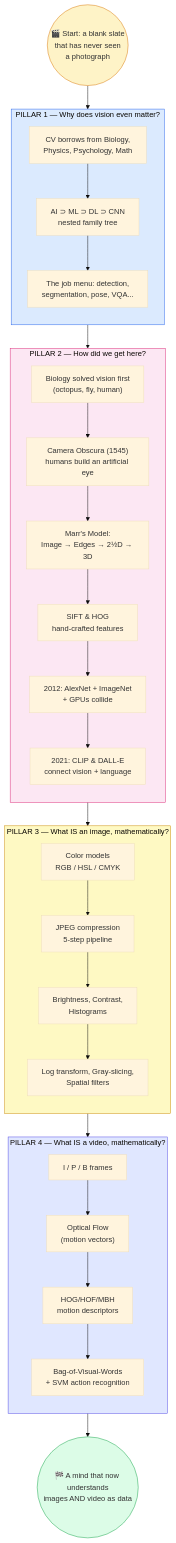
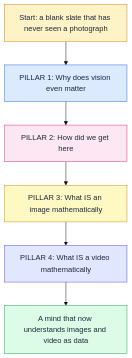
Before and after one commit to rpaut03l/TS-02-03: the first of 10 diagrams in CV-NLP/Lec_01_Introduction/README.md, drawn with Mermaid (base theme). The commit also changed other lines of this file and 4 other files, not shown here.

Commit message:
Fix ASCII diagram width (max 63 chars, no more wrapping) and Mermaid dark-mode contrast

````diff
--- a/CV-NLP/Lec_01_Introduction/README.md
+++ b/CV-NLP/Lec_01_Introduction/README.md
@@ -16,48 +16,11 @@
 ```mermaid
 flowchart TD
-    START(("🎬 Start: a blank slate<br/>that has never seen<br/>a photograph")) --> P1
+    START[Start: a blank slate that has never seen a photograph] --> P1[PILLAR 1: Why does vision even matter] --> P2[PILLAR 2: How did we get here] --> P3[PILLAR 3: What IS an image mathematically] --> P4[PILLAR 4: What IS a video mathematically] --> DONE[A mind that now understands images and video as data]
 
-    subgraph P1["PILLAR 1 — Why does vision even matter?"]
-        direction TB
-        p1a["CV borrows from Biology,<br/>Physics, Psychology, Math"] --> p1b["AI ⊃ ML ⊃ DL ⊃ CNN<br/>nested family tree"]
-        p1b --> p1c["The job menu: detection,<br/>segmentation, pose, VQA..."]
-    end
-
-    P1 --> P2
-
-    subgraph P2["PILLAR 2 — How did we get here?"]
-        direction TB
-        p2a["Biology solved vision first<br/>(octopus, fly, human)"] --> p2b["Camera Obscura (1545)<br/>humans build an artificial eye"]
-        p2b --> p2c["Marr's Model:<br/>Image → Edges → 2½D → 3D"]
-        p2c --> p2d["SIFT &amp; HOG<br/>hand-crafted features"]
-        p2d --> p2e["2012: AlexNet + ImageNet<br/>+ GPUs collide"]
-        p2e --> p2f["2021: CLIP &amp; DALL-E<br/>connect vision + language"]
-    end
-
-    P2 --> P3
-
-    subgraph P3["PILLAR 3 — What IS an image, mathematically?"]
-        direction TB
-        p3a["Color models<br/>RGB / HSL / CMYK"] --> p3b["JPEG compression<br/>5-step pipeline"]
-        p3b --> p3c["Brightness, Contrast,<br/>Histograms"]
-        p3c --> p3d["Log transform, Gray-slicing,<br/>Spatial filters"]
-    end
-
-    P3 --> P4
-
-    subgraph P4["PILLAR 4 — What IS a video, mathematically?"]
-        direction TB
-        p4a["I / P / B frames"] --> p4b["Optical Flow<br/>(motion vectors)"]
-        p4b --> p4c["HOG/HOF/MBH<br/>motion descriptors"]
-        p4c --> p4d["Bag-of-Visual-Words<br/>+ SVM action recognition"]
-    end
-
-    P4 --> DONE(("🏁 A mind that now understands<br/>images AND video as data"))
-
-    style START fill:#fef3c7,stroke:#d97706
-    style DONE fill:#dcfce7,stroke:#16a34a
-    style P1 fill:#dbeafe,stroke:#2563eb
-    style P2 fill:#fce7f3,stroke:#db2777
-    style P3 fill:#fef9c3,stroke:#ca8a04
-    style P4 fill:#e0e7ff,stroke:#4f46e5
+    style START fill:#fef3c7,stroke:#d97706,color:#1e293b
+    style P1 fill:#dbeafe,stroke:#2563eb,color:#1e293b
+    style P2 fill:#fce7f3,stroke:#db2777,color:#1e293b
+    style P3 fill:#fef9c3,stroke:#ca8a04,color:#1e293b
+    style P4 fill:#e0e7ff,stroke:#4f46e5,color:#1e293b
+    style DONE fill:#dcfce7,stroke:#16a34a,color:#1e293b
 ```
````
